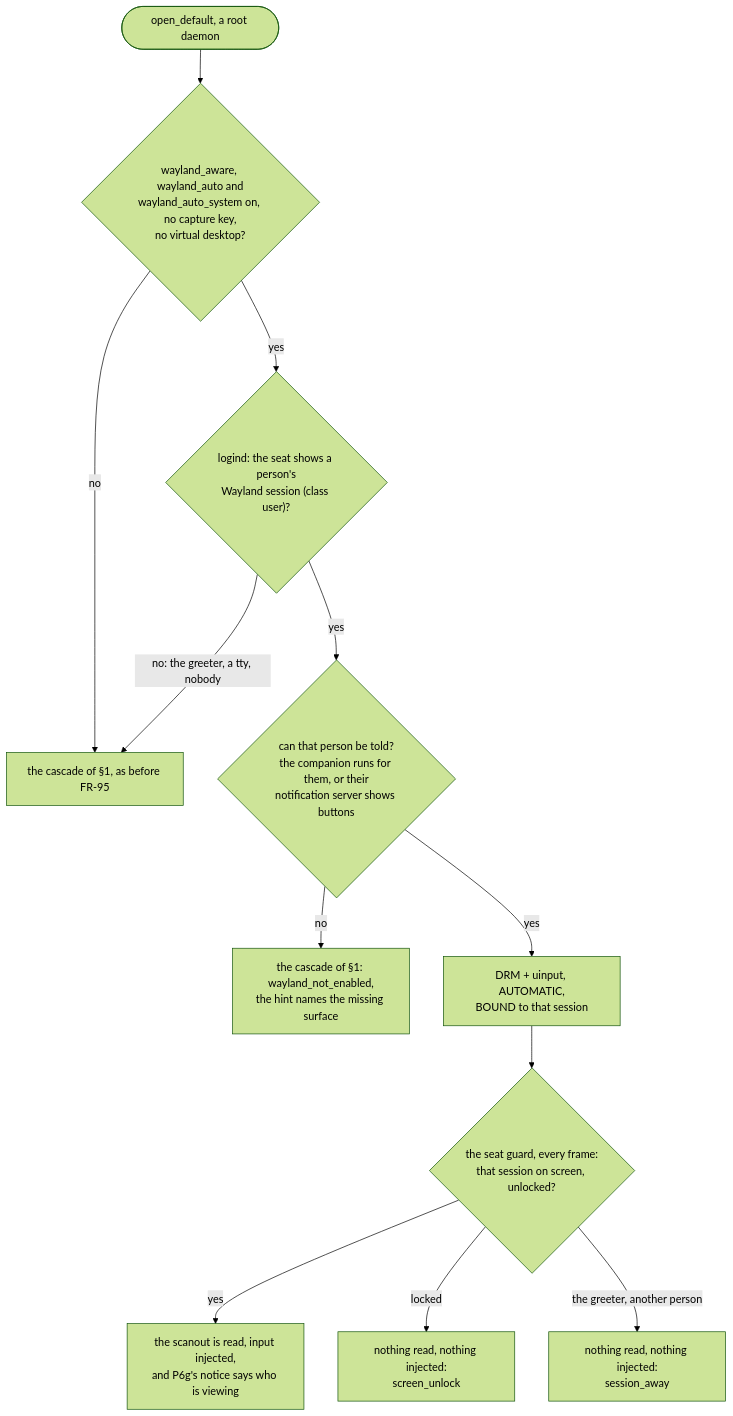
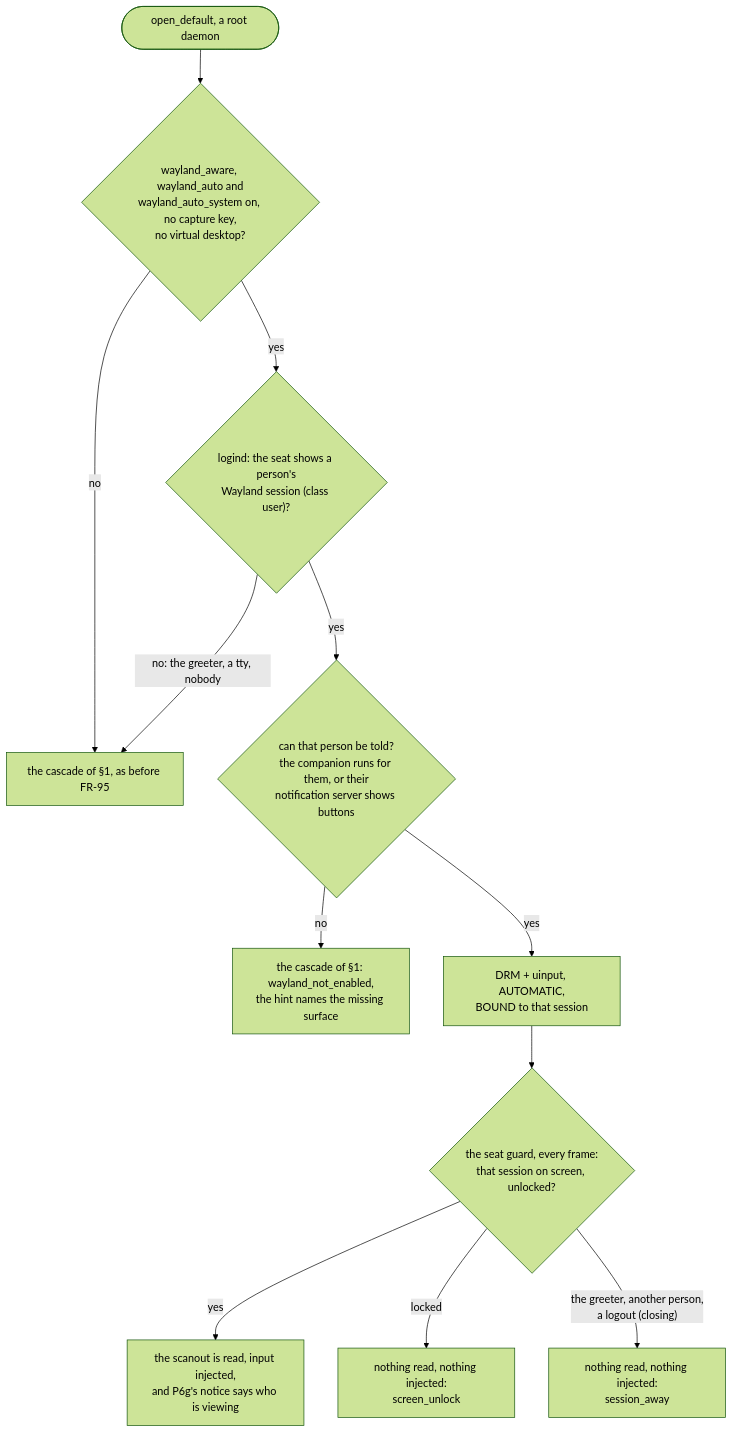
The third of 19 diagrams in docs/linux-capture.md (gjovanov/roomler-ai), drawn with Mermaid (forest theme) before and after one commit. The commit also changed other lines of this file and 3 other files, not shown here.

First line of the commit message:
fix(fr-113): P4 — a logout is away: the seat guard reads logind's State (#2516)

````diff
--- a/docs/linux-capture.md
+++ b/docs/linux-capture.md
@@ -356,14 +356,14 @@
 ```mermaid
 flowchart TD
     O([open_default, a root daemon]) --> K{"wayland_aware, wayland_auto and<br/>wayland_auto_system on, no capture key,<br/>no virtual desktop?"}
     K -- no --> C["the cascade of §1, as before FR-95"]
     K -- yes --> P{"logind: the seat shows a person's<br/>Wayland session (class user)?"}
     P -- "no: the greeter, a tty, nobody" --> C
     P -- yes --> T{"can that person be told?<br/>the companion runs for them, or their<br/>notification server shows buttons"}
     T -- no --> N["the cascade of §1: wayland_not_enabled,<br/>the hint names the missing surface"]
     T -- yes --> D["DRM + uinput, AUTOMATIC,<br/>BOUND to that session"]
     D --> G{"the seat guard, every frame:<br/>that session on screen, unlocked?"}
     G -- yes --> R["the scanout is read, input injected,<br/>and P6g's notice says who is viewing"]
     G -- locked --> W1["nothing read, nothing injected:<br/>screen_unlock"]
-    G -- "the greeter, another person" --> W2["nothing read, nothing injected:<br/>session_away"]
+    G -- "the greeter, another person,<br/>a logout (closing)" --> W2["nothing read, nothing injected:<br/>session_away"]
 ```
````
